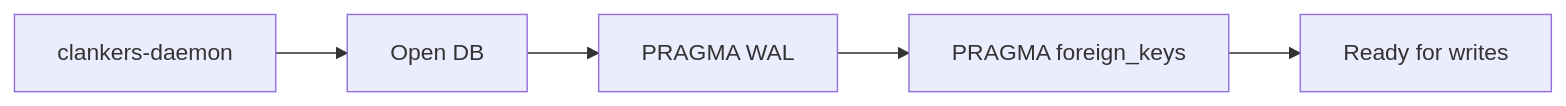
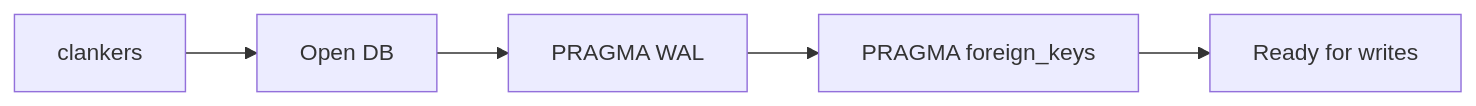
The diagram in lode/storage/sqlite.md (dxta-dev/clankers), drawn with Mermaid before and after one commit. The commit also changed other lines of this file and 17 other files, not shown here.

````diff
--- a/lode/storage/sqlite.md
+++ b/lode/storage/sqlite.md
@@ -59,7 +59,7 @@
 ```mermaid
 flowchart LR
-  Daemon[clankers-daemon] --> Open[Open DB]
+  Daemon[clankers] --> Open[Open DB]
   Open --> WAL[PRAGMA WAL]
   WAL --> FK[PRAGMA foreign_keys]
   FK --> Ready[Ready for writes]
 ```
````
